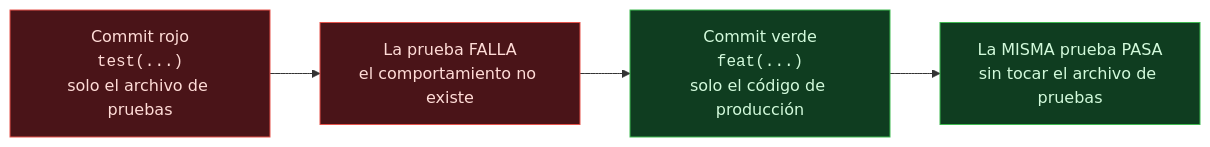
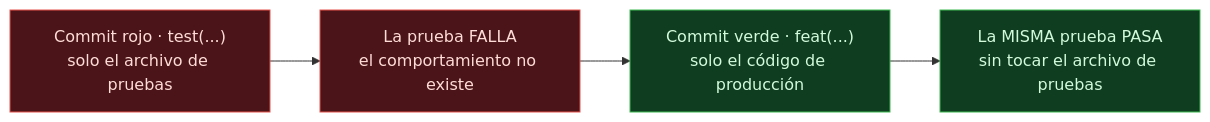
Before and after one commit to isazapablo12-gif/crud-tdd-tres-lenguajes: the diagram in docs/evidencias-visuales.md, drawn with Mermaid.

Commit message:
docs: simplifica las etiquetas del diagrama del ciclo TDD
GitHub no garantiza el renderizado de etiquetas HTML dentro de los nodos de
Mermaid, asi que los nombres de commit se escriben como texto plano.

````diff
--- a/docs/evidencias-visuales.md
+++ b/docs/evidencias-visuales.md
@@ -47,14 +47,14 @@
 ```mermaid
 flowchart LR
-    A["Commit rojo<br/><code>test(...)</code><br/>solo el archivo de pruebas"]
+    A["Commit rojo · test(...)<br/>solo el archivo de pruebas"]
     B["La prueba FALLA<br/>el comportamiento no existe"]
-    C["Commit verde<br/><code>feat(...)</code><br/>solo el código de producción"]
+    C["Commit verde · feat(...)<br/>solo el código de producción"]
     D["La MISMA prueba PASA<br/>sin tocar el archivo de pruebas"]
 
     A --> B --> C --> D
 
     style A fill:#4a1418,stroke:#e5534b,color:#ffdcd7
     style B fill:#4a1418,stroke:#e5534b,color:#ffdcd7
     style C fill:#0f3d20,stroke:#3fb950,color:#d2fadb
     style D fill:#0f3d20,stroke:#3fb950,color:#d2fadb
 ```
````
